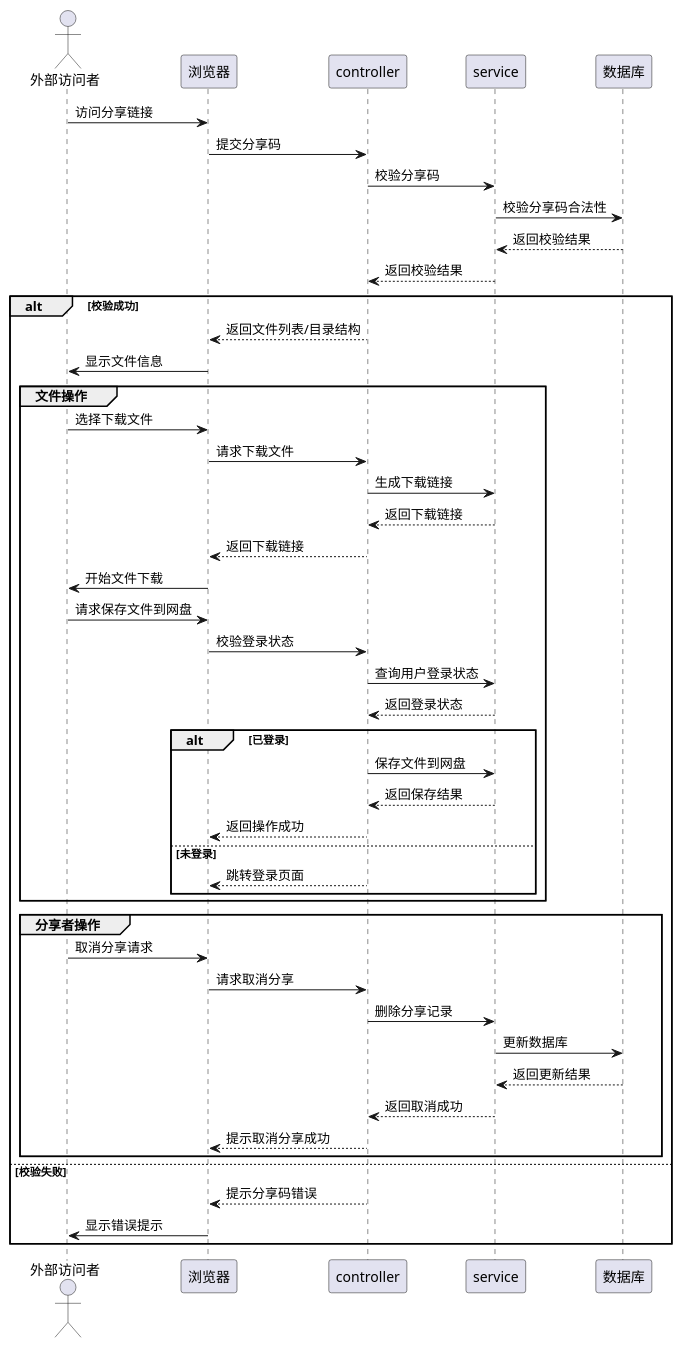
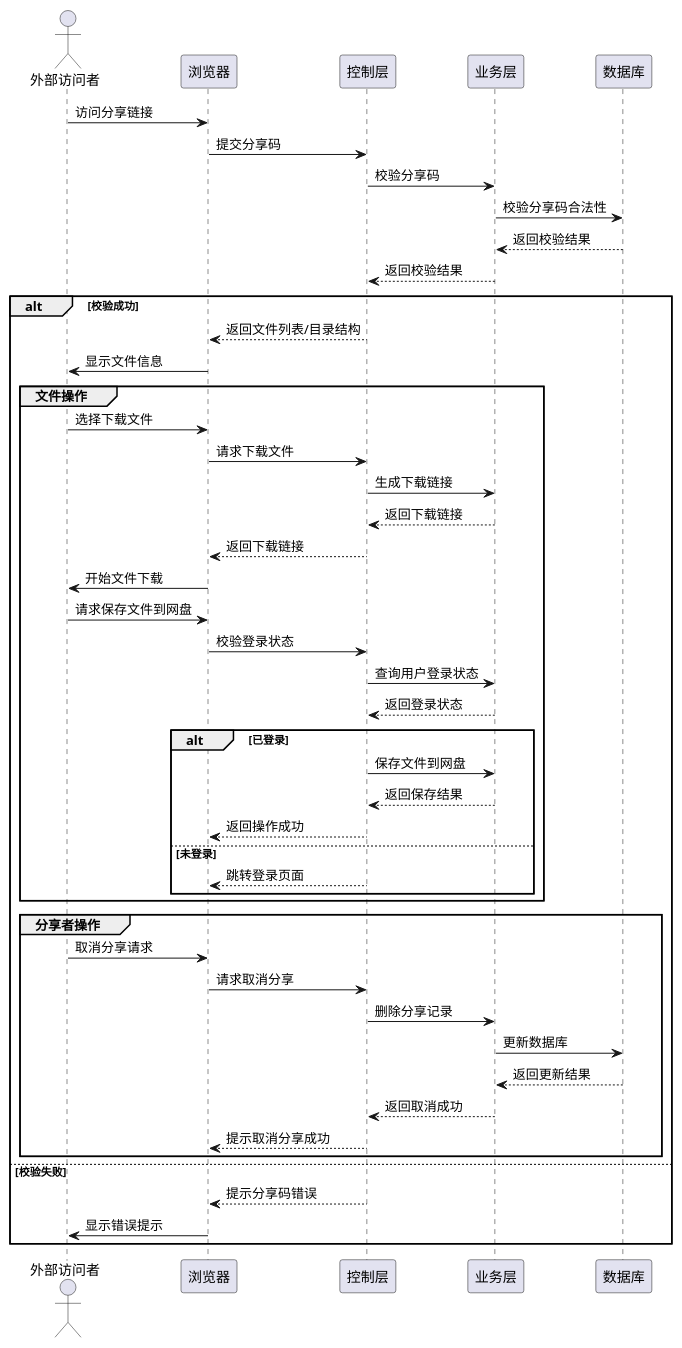
The diagram in src/main/java/com/mhc/springbootclouddisk/plantuml/sequence/share.puml (1600496156/springboot-cloud-disk), drawn with PlantUML before and after one commit. The commit also changed 9 other files, not shown here.

```diff
--- a/src/main/java/com/mhc/springbootclouddisk/plantuml/sequence/share.puml
+++ b/src/main/java/com/mhc/springbootclouddisk/plantuml/sequence/share.puml
@@ -1,51 +1,51 @@
 @startuml
 actor 外部访问者 as Visitor
 participant 浏览器 as Browser
-participant controller as Controller
-participant service as Service
+participant 控制层 as Controller
+participant 业务层 as Service
 participant 数据库 as DB
 
 Visitor -> Browser : 访问分享链接
 Browser -> Controller : 提交分享码
 Controller -> Service : 校验分享码
 Service -> DB : 校验分享码合法性
 DB --> Service : 返回校验结果
 Service --> Controller : 返回校验结果
 alt 校验成功
     Controller --> Browser : 返回文件列表/目录结构
     Browser -> Visitor : 显示文件信息
     group 文件操作
       Visitor -> Browser : 选择下载文件
       Browser -> Controller : 请求下载文件
       Controller -> Service : 生成下载链接
       Service --> Controller : 返回下载链接
       Controller --> Browser : 返回下载链接
       Browser -> Visitor : 开始文件下载
 
       Visitor -> Browser : 请求保存文件到网盘
       Browser -> Controller : 校验登录状态
       Controller -> Service : 查询用户登录状态
       Service --> Controller : 返回登录状态
       alt 已登录
         Controller -> Service : 保存文件到网盘
         Service --> Controller : 返回保存结果
         Controller --> Browser : 返回操作成功
       else 未登录
         Controller --> Browser : 跳转登录页面
       end
     end
 
     group 分享者操作
       Visitor -> Browser : 取消分享请求
       Browser -> Controller : 请求取消分享
       Controller -> Service : 删除分享记录
       Service -> DB : 更新数据库
       DB --> Service : 返回更新结果
       Service --> Controller : 返回取消成功
       Controller --> Browser : 提示取消分享成功
     end
 else 校验失败
     Controller --> Browser : 提示分享码错误
     Browser -> Visitor : 显示错误提示
 end
 @enduml
```
